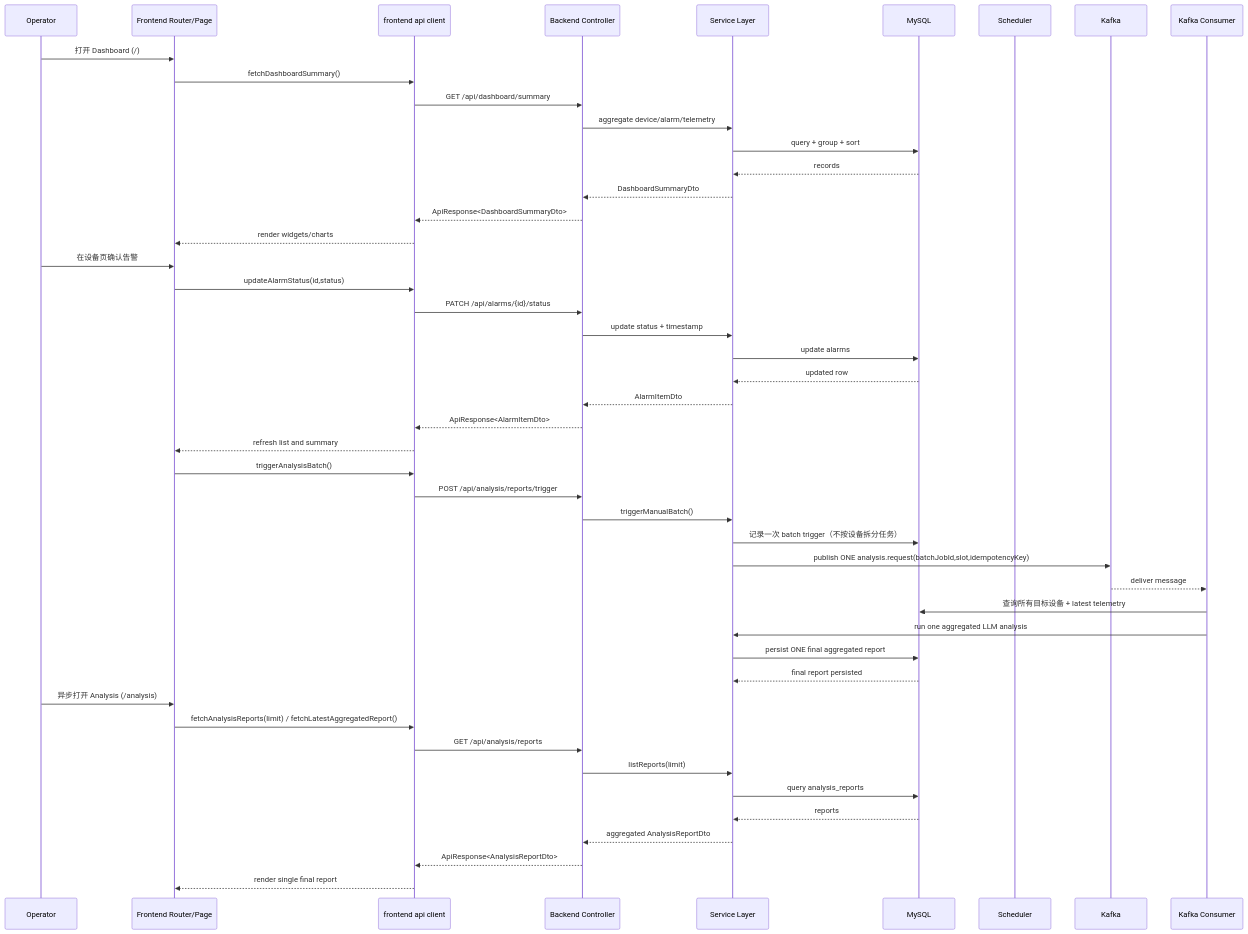
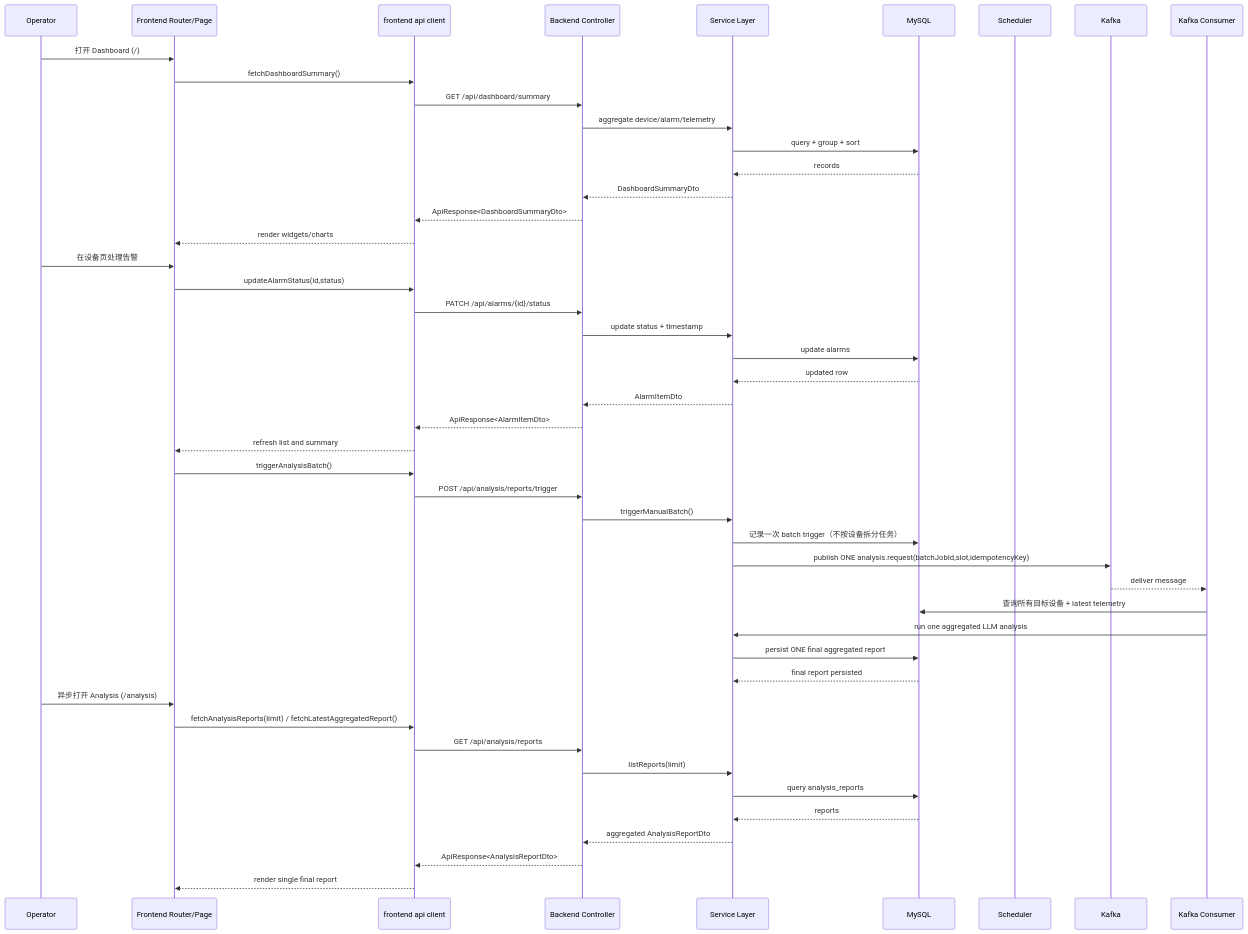
The second of 2 diagrams in README.md (zzulfy/TwinOps), drawn with Mermaid before and after one commit. The commit also changed other lines of this file and 39 other files, not shown here.

````diff
--- a/README.md
+++ b/README.md
@@ -71,53 +71,53 @@
 ```mermaid
 sequenceDiagram
     participant User as Operator
     participant FE as Frontend Router/Page
     participant API as frontend api client
     participant C as Backend Controller
     participant S as Service Layer
     participant DB as MySQL
     participant SCH as Scheduler
     participant MQ as Kafka
     participant CON as Kafka Consumer
 
     User->>FE: 打开 Dashboard (/)
     FE->>API: fetchDashboardSummary()
     API->>C: GET /api/dashboard/summary
     C->>S: aggregate device/alarm/telemetry
     S->>DB: query + group + sort
     DB-->>S: records
     S-->>C: DashboardSummaryDto
     C-->>API: ApiResponse<DashboardSummaryDto>
     API-->>FE: render widgets/charts
 
-    User->>FE: 在设备页确认告警
+    User->>FE: 在设备页处理告警
     FE->>API: updateAlarmStatus(id,status)
     API->>C: PATCH /api/alarms/{id}/status
     C->>S: update status + timestamp
     S->>DB: update alarms
     DB-->>S: updated row
     S-->>C: AlarmItemDto
     C-->>API: ApiResponse<AlarmItemDto>
     API-->>FE: refresh list and summary
 
     FE->>API: triggerAnalysisBatch()
     API->>C: POST /api/analysis/reports/trigger
     C->>S: triggerManualBatch()
     S->>DB: 记录一次 batch trigger（不按设备拆分任务）
     S->>MQ: publish ONE analysis.request(batchJobId,slot,idempotencyKey)
     MQ-->>CON: deliver message
     CON->>DB: 查询所有目标设备 + latest telemetry
     CON->>S: run one aggregated LLM analysis
     S->>DB: persist ONE final aggregated report
     DB-->>S: final report persisted
 
     User->>FE: 异步打开 Analysis (/analysis)
     FE->>API: fetchAnalysisReports(limit) / fetchLatestAggregatedReport()
     API->>C: GET /api/analysis/reports
     C->>S: listReports(limit)
     S->>DB: query analysis_reports
     DB-->>S: reports
     S-->>C: aggregated AnalysisReportDto
     C-->>API: ApiResponse<AnalysisReportDto>
     API-->>FE: render single final report
 ```
````
